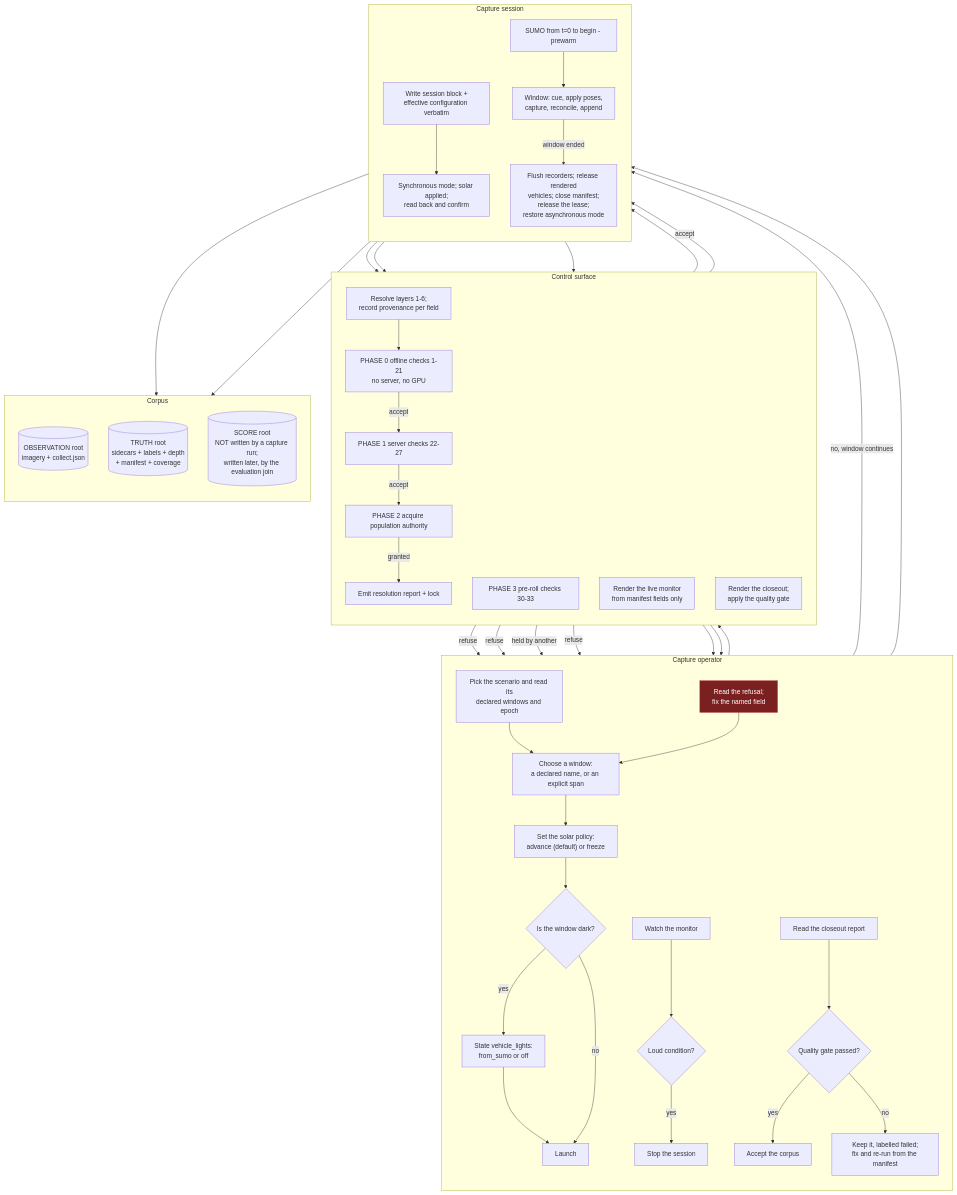
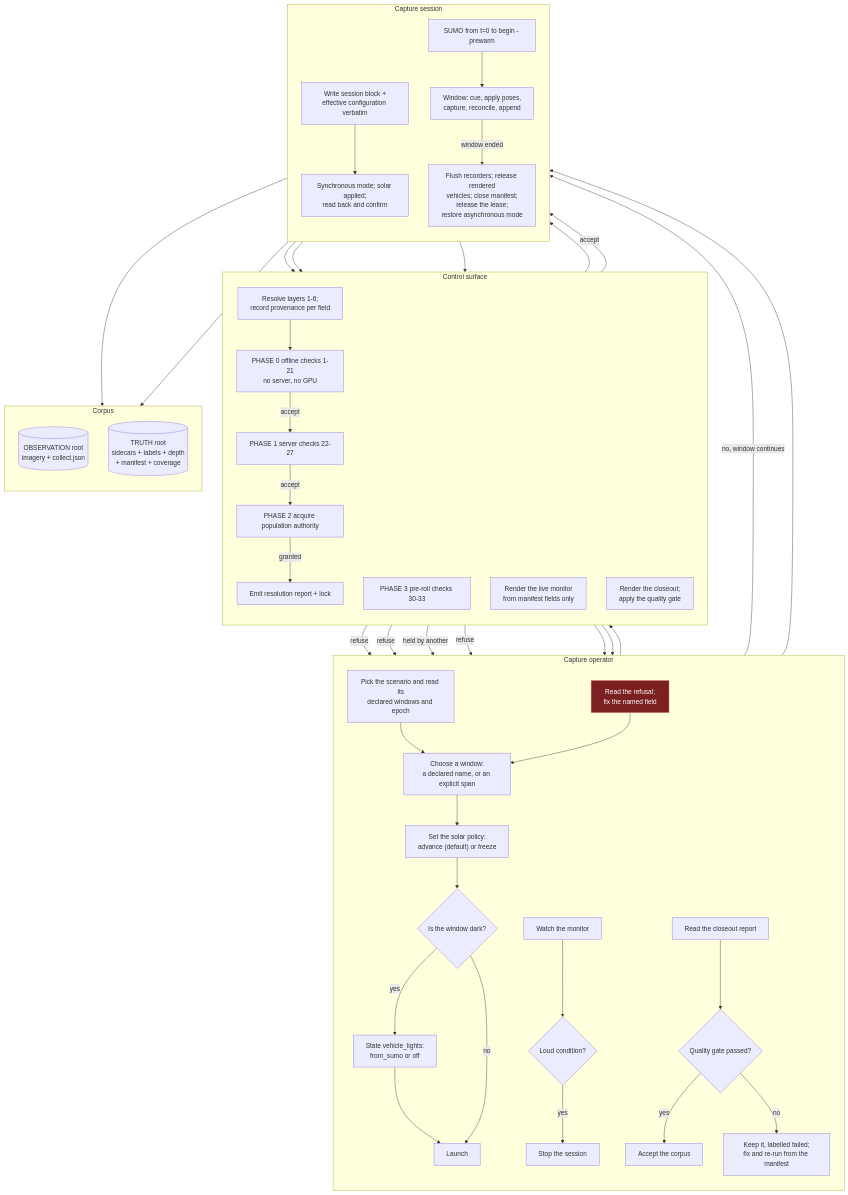
The third of 3 diagrams in Docs/CAT_Research/Plans/SUMO_Behavioral_Capture/12_Operator_Control_Surface.md (sbrett9/carla), drawn with Mermaid before and after one commit. The commit also changed other lines of this file and 10 other files, not shown here.

````diff
--- a/Docs/CAT_Research/Plans/SUMO_Behavioral_Capture/12_Operator_Control_Surface.md
+++ b/Docs/CAT_Research/Plans/SUMO_Behavioral_Capture/12_Operator_Control_Surface.md
@@ -1027,74 +1027,73 @@
 ```mermaid
 flowchart TB
     subgraph OP["Capture operator"]
         direction TB
         O1["Pick the scenario and read its<br/>declared windows and epoch"]
         O2["Choose a window:<br/>a declared name, or an explicit span"]
         O3["Set the solar policy:<br/>advance (default) or freeze"]
         O4{"Is the window dark?"}
         O5["State vehicle_lights:<br/>from_sumo or off"]
         O6["Launch"]
         O7["Read the refusal;<br/>fix the named field"]
         O8["Watch the monitor"]
         O9{"Loud condition?"}
         O10["Stop the session"]
         O11["Read the closeout report"]
         O12{"Quality gate passed?"}
         O13["Accept the corpus"]
         O14["Keep it, labelled failed;<br/>fix and re-run from the manifest"]
     end
 
     subgraph CS["Control surface"]
         direction TB
         C1["Resolve layers 1-6;<br/>record provenance per field"]
         C2["PHASE 0 offline checks 1-21<br/>no server, no GPU"]
         C3["PHASE 1 server checks 22-27"]
         C4["PHASE 2 acquire population authority"]
         C5["PHASE 3 pre-roll checks 30-33"]
         C6["Emit resolution report + lock"]
         C7["Render the live monitor<br/>from manifest fields only"]
         C8["Render the closeout;<br/>apply the quality gate"]
     end
 
     subgraph SESS["Capture session"]
         direction TB
         S1["Write session block +<br/>effective configuration verbatim"]
         S2["Synchronous mode; solar applied;<br/>read back and confirm"]
         S3["SUMO from t=0 to begin - prewarm"]
         S4["Window: cue, apply poses,<br/>capture, reconcile, append"]
         S5["Flush recorders; release rendered<br/>vehicles; close manifest;<br/>release the lease;<br/>restore asynchronous mode"]
     end
 
     subgraph CORP["Corpus"]
         direction TB
         P1[("OBSERVATION root<br/>imagery + collect.json")]
         P2[("TRUTH root<br/>sidecars + labels + depth<br/>+ manifest + coverage")]
-        P3[("SCORE root<br/>NOT written by a capture run;<br/>written later, by the evaluation join")]
     end
 
     O1 --> O2 --> O3 --> O4
     O4 -->|"yes"| O5 --> O6
     O4 -->|"no"| O6
     O6 --> C1 --> C2
     C2 -->|"refuse"| O7 --> O2
     C2 -->|"accept"| C3
     C3 -->|"refuse"| O7
     C3 -->|"accept"| C4
     C4 -->|"held by another"| O7
     C4 -->|"granted"| C6 --> S1 --> S2 --> C5
     C5 -->|"refuse"| O7
     C5 -->|"accept"| S3 --> S4
     S4 --> C7 --> O8 --> O9
     O9 -->|"yes"| O10
     O9 -->|"no, window continues"| S4
     S4 -->|"window ended"| S5
     O10 --> S5
     S4 --> P1
     S4 --> P2
     S5 --> C8 --> O11 --> O12
     O12 -->|"yes"| O13
     O12 -->|"no"| O14
 
     classDef refusal fill:#7a2020,stroke:#d06060,color:#fff
     class O7 refusal
 ```
````
